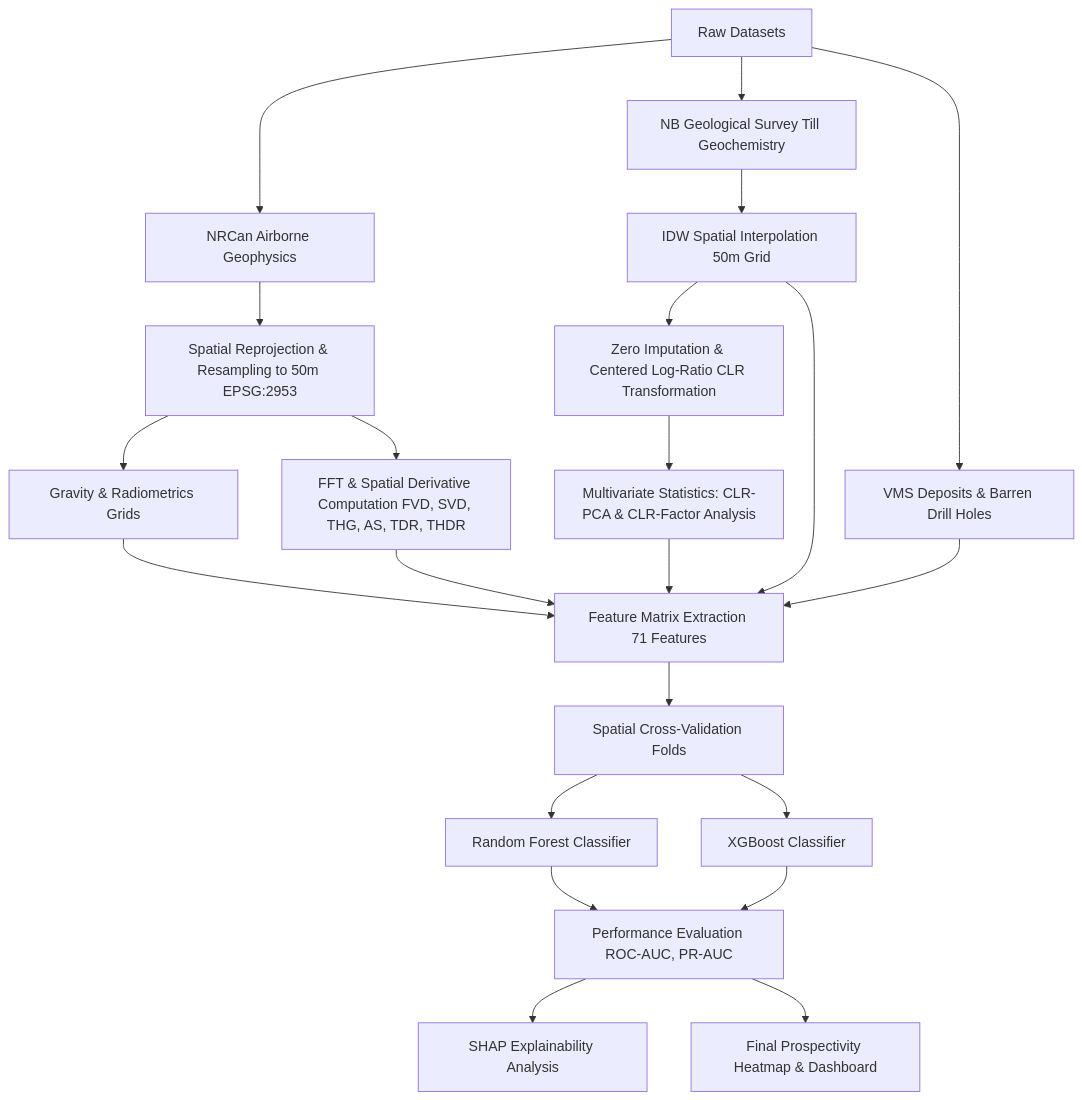
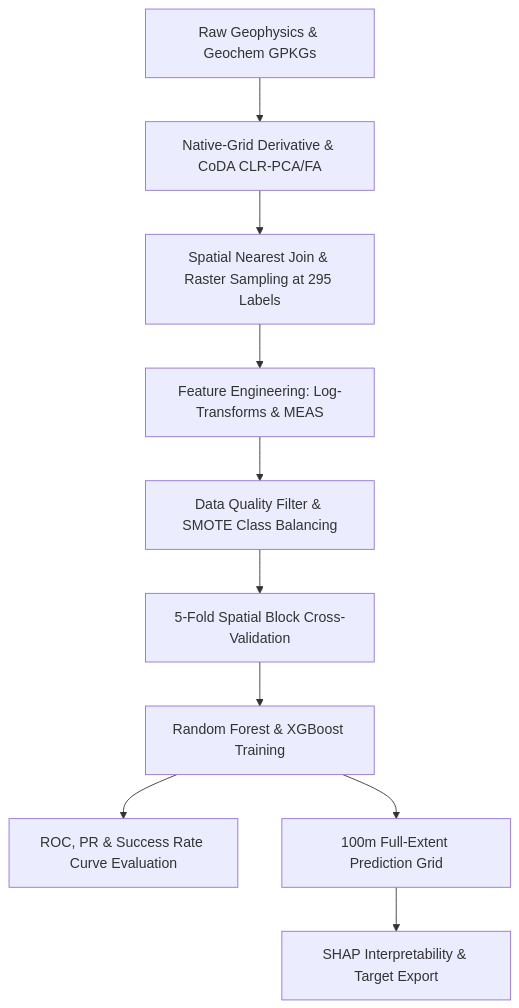
The diagram in 03_methodology.md (erirera/VMS-Deposit-Discovery-AI-Bathurst), drawn with Mermaid before and after one commit. The commit also changed other lines of this file and 5 other files, not shown here.

First line of the commit message:
Enhance VMS Prospectivity Mapping Documentation and Model Evaluation

````diff
--- a/03_methodology.md
+++ b/03_methodology.md
@@ -5,26 +5,12 @@
 ```mermaid
 graph TD
-    A[Raw Datasets] --> B1[NRCan Airborne Geophysics]
-    A --> B2[NB Geological Survey Till Geochemistry]
-    A --> B3[VMS Deposits & Barren Drill Holes]
-    
-    B1 --> C1[Spatial Reprojection & Resampling to 50m EPSG:2953]
-    B2 --> C2[IDW Spatial Interpolation 50m Grid]
-    
-    C1 --> D1[Gravity & Radiometrics Grids]
-    C1 --> D2[FFT & Spatial Derivative Computation FVD, SVD, THG, AS, TDR, THDR]
-    
-    C2 --> D3[Zero Imputation & Centered Log-Ratio CLR Transformation]
-    D3 --> E1[Multivariate Statistics: CLR-PCA & CLR-Factor Analysis]
-    
-    D1 & D2 & E1 & C2 --> F[Feature Matrix Extraction 71 Features]
-    B3 --> F
-    
-    F --> G[Spatial Cross-Validation Folds]
-    G --> H1[Random Forest Classifier]
-    G --> H2[XGBoost Classifier]
-    
-    H1 & H2 --> I[Performance Evaluation ROC-AUC, PR-AUC]
-    I --> J[SHAP Explainability Analysis]
-    I --> K[Final Prospectivity Heatmap & Dashboard]
+    A[Raw Geophysics & Geochem GPKGs] --> B[Native-Grid Derivative & CoDA CLR-PCA/FA]
+    B --> C[Spatial Nearest Join & Raster Sampling at 295 Labels]
+    C --> D[Feature Engineering: Log-Transforms & MEAS]
+    D --> E[Data Quality Filter & SMOTE Class Balancing]
+    E --> F[5-Fold Spatial Block Cross-Validation]
+    F --> G[Random Forest & XGBoost Training]
+    G --> H[ROC, PR & Success Rate Curve Evaluation]
+    G --> I[100m Full-Extent Prediction Grid]
+    I --> J[SHAP Interpretability & Target Export]
 ```
````
